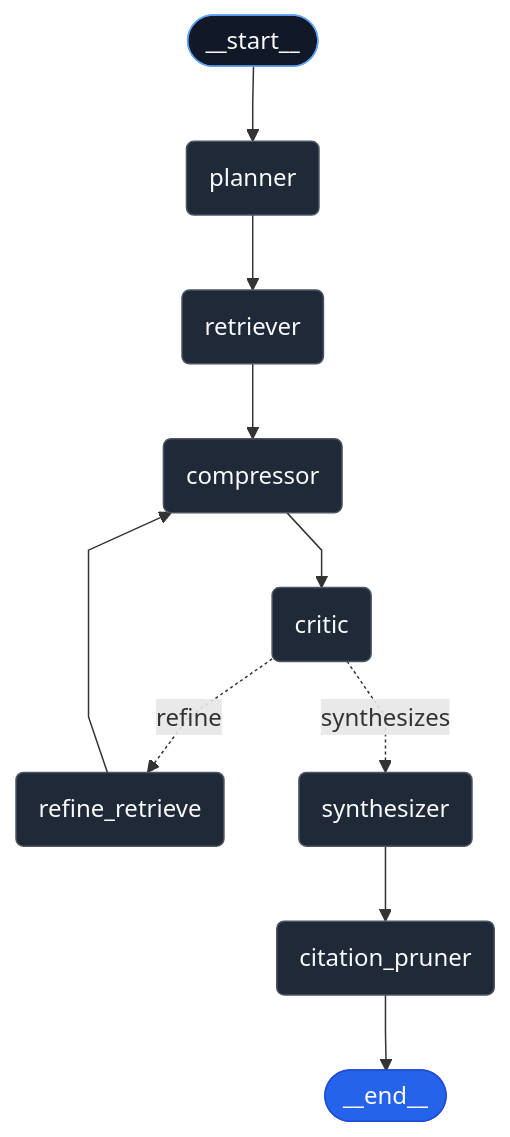
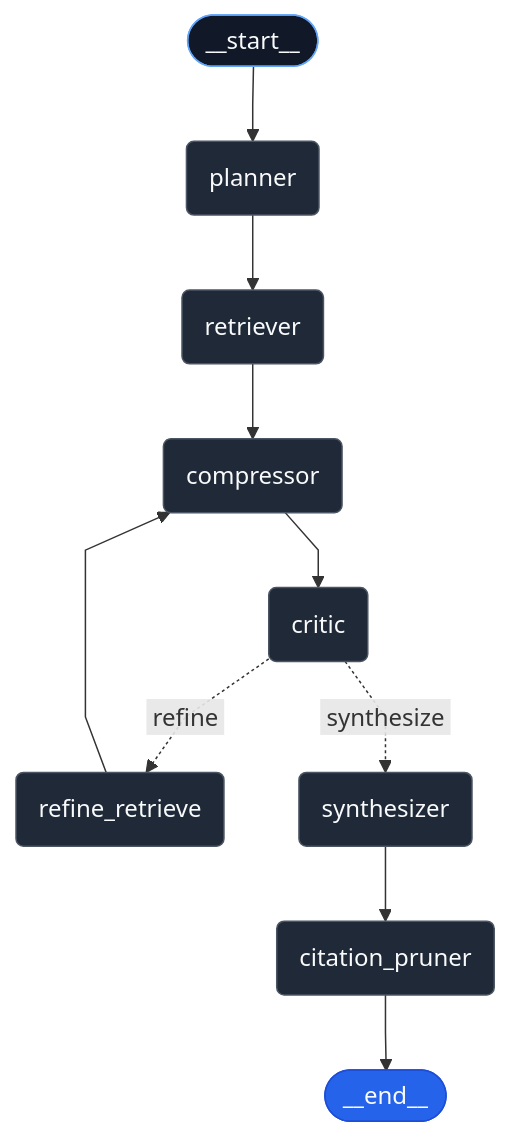
One commit to scmclimited/deep_rag changed the diagram in README.md. Above: the diagram before and after it, drawn with Mermaid.

````diff
--- a/README.md
+++ b/README.md
@@ -5,30 +5,31 @@
 ```mermaid
 ---
 config:
   flowchart:
     curve: linear
 ---
 graph TD;
 	__start__([<p>__start__</p>]):::first
 	planner(planner)
 	retriever(retriever)
 	compressor(compressor)
 	critic(critic)
 	refine_retrieve(refine_retrieve)
 	synthesizer(synthesizer)
 	citation_pruner(citation_pruner)
 	__end__([<p>__end__</p>]):::last
 	__start__ --> planner;
 	citation_pruner --> __end__;
 	compressor --> critic;
 	planner --> retriever;
 	refine_retrieve --> compressor;
 	retriever --> compressor;
 	synthesizer --> citation_pruner;
-	critic -. refine .-> refine_retrieve;
-	critic -. synthesizes .-> synthesizer;
+	critic -. &nbsp;refine&nbsp; .-> refine_retrieve;
+	critic -. &nbsp;synthesize&nbsp; .-> synthesizer;
+
 	classDef default fill:#1f2937,color:#f9fafb,stroke:#4b5563,line-height:1.2;
 	classDef first fill:#111827,color:#f9fafb,stroke:#60a5fa;
 	classDef last fill:#2563eb,color:#f9fafb,stroke:#1d4ed8;
 
 ```
````
